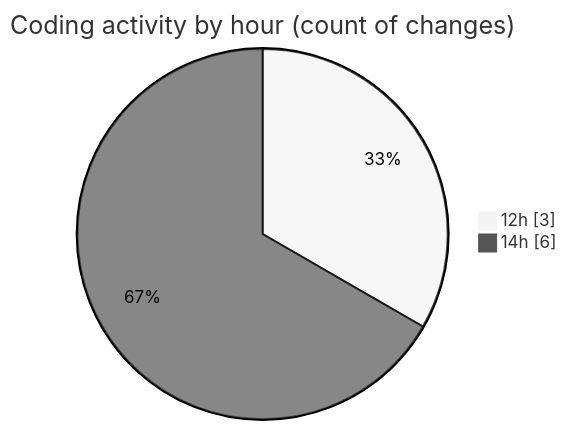
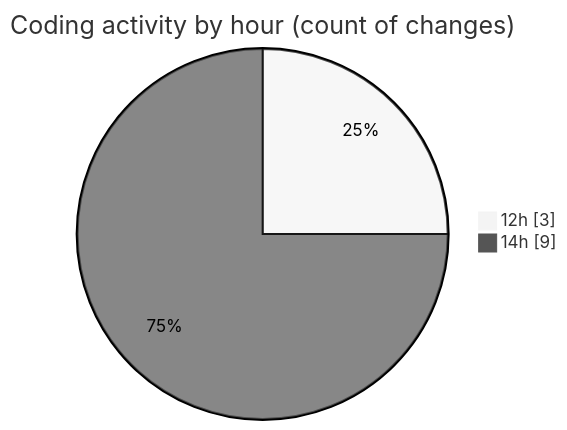
One commit to debugP/code-tracking changed the second of 2 diagrams in 2025-10-16/untitled__workspace_/README.md. Above: the diagram before and after it, drawn with Mermaid (neutral theme). The commit also changed other lines of this file and 1 other file, not shown here.

````diff
--- a/2025-10-16/untitled__workspace_/README.md
+++ b/2025-10-16/untitled__workspace_/README.md
@@ -31,6 +31,6 @@
 ```mermaid
 pie showData
 title Coding activity by hour (count of changes)
 "12h" : 3
-"14h" : 6
+"14h" : 9
 ```
````
